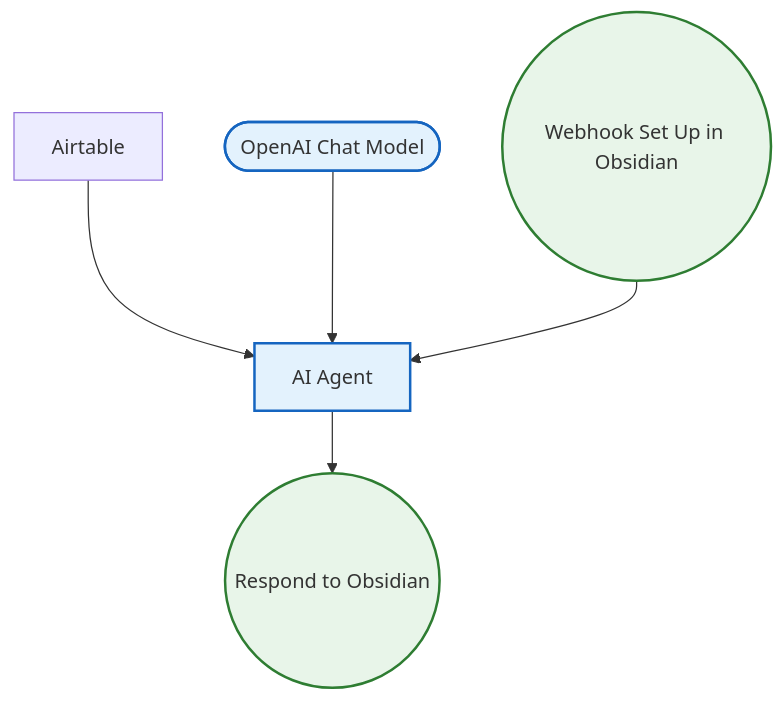
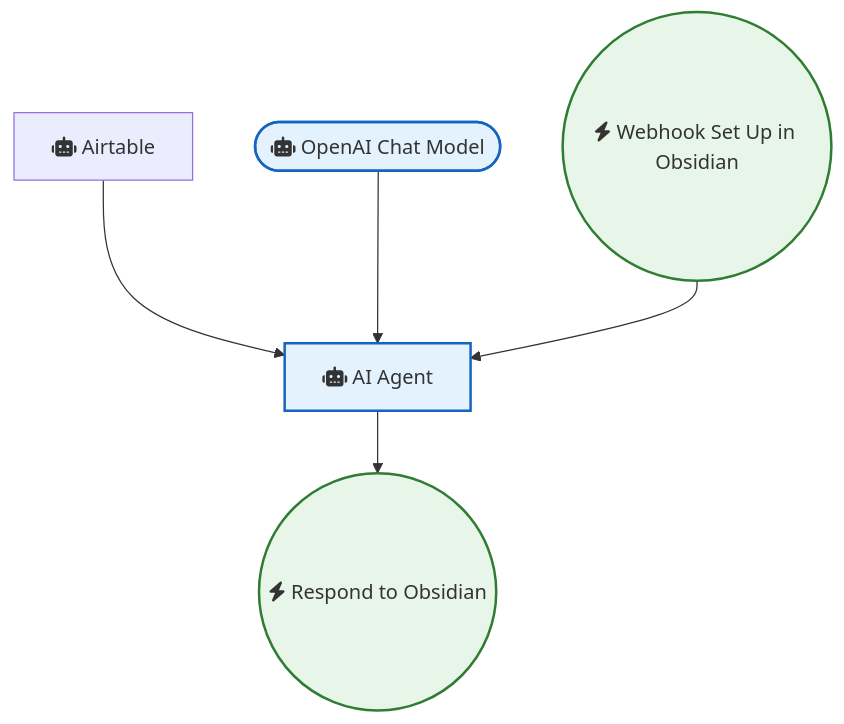
The diagram in Airtable/Get Airtable Data in Obsidian Notes.md (sreyash3105/N8N-DEMO-AUTOMATIONS), drawn with Mermaid before and after one commit. The commit also changed 291 other files, not shown here.

````diff
--- a/Airtable/Get Airtable Data in Obsidian Notes.md
+++ b/Airtable/Get Airtable Data in Obsidian Notes.md
@@ -1,17 +1,17 @@
 ```mermaid
 graph TD
     classDef trigger fill:#e8f5e9,stroke:#2e7d32,stroke-width:2px;
     classDef ai fill:#e3f2fd,stroke:#1565c0,stroke-width:2px;
     classDef logic fill:#fff3e0,stroke:#ef6c00,stroke-width:2px;
 
-    Airtable["Airtable"]
-    OpenAI_Chat_Model(["OpenAI Chat Model"]):::ai
-    AI_Agent["AI Agent"]:::ai
-    Respond_to_Obsidian(("Respond to Obsidian")):::trigger
-    Webhook_Set_Up_in_Obsidian(("Webhook Set Up in Obsidian")):::trigger
+    Airtable["fas:fa-robot Airtable"]
+    OpenAI_Chat_Model(["fas:fa-robot OpenAI Chat Model"]):::ai
+    AI_Agent["fas:fa-robot AI Agent"]:::ai
+    Respond_to_Obsidian(("fas:fa-bolt Respond to Obsidian")):::trigger
+    Webhook_Set_Up_in_Obsidian(("fas:fa-bolt Webhook Set Up in Obsidian")):::trigger
 
     AI_Agent --> Respond_to_Obsidian
     Airtable --> AI_Agent
     OpenAI_Chat_Model --> AI_Agent
     Webhook_Set_Up_in_Obsidian --> AI_Agent
 ```
````
